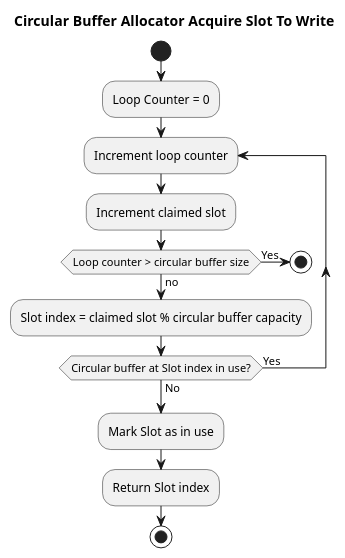
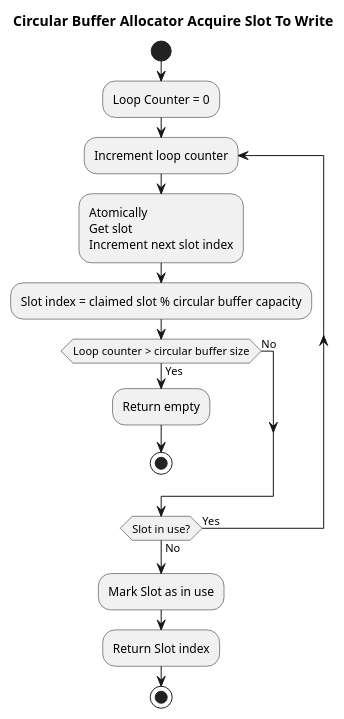
Before and after one commit to eclipse-score/inc_mw_log: the diagram in design/circular_buffer_allocator_acquireslottowrite.puml, drawn with PlantUML. The commit also changed 24 other files, not shown here.

Commit message:
Syncing more diagrams

```diff
--- a/design/circular_buffer_allocator_acquireslottowrite.puml
+++ b/design/circular_buffer_allocator_acquireslottowrite.puml
@@ -1,16 +1,19 @@
-@startuml
+@startuml circular_buffer_allocator_acquireslottowrite
 title Circular Buffer Allocator Acquire Slot To Write
 start
 :Loop Counter = 0;
 repeat :Increment loop counter;
-    :Increment claimed slot;
+    :Atomically
+    Get slot
+    Increment next slot index;
+    :Slot index = claimed slot % circular buffer capacity;
     if (Loop counter > circular buffer size) then (Yes)
+        :Return empty;
         stop
-    else (no)
-        :Slot index = claimed slot % circular buffer capacity;
+    else (No)
     endif
-repeat while (Circular buffer at Slot index in use?) is (Yes) not (No);
+repeat while (Slot in use?) is (Yes) not (No);
 :Mark Slot as in use;
 :Return Slot index;
 stop
 @enduml
```
